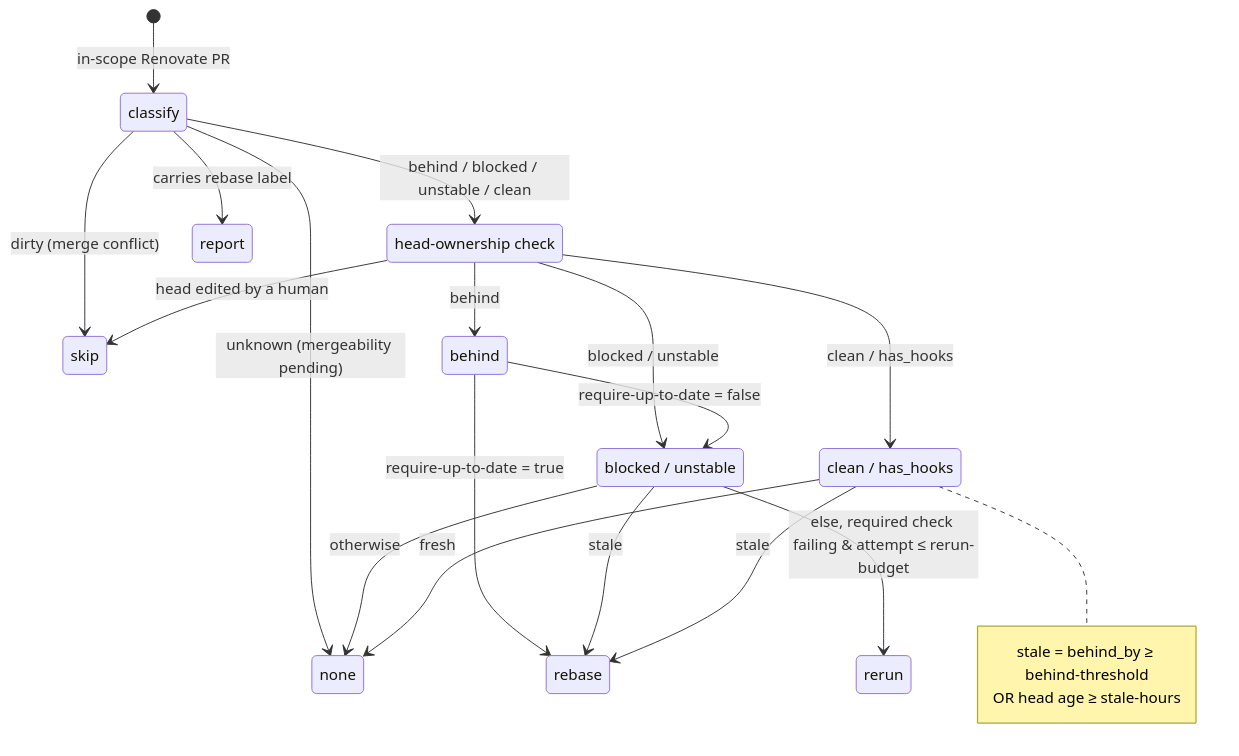
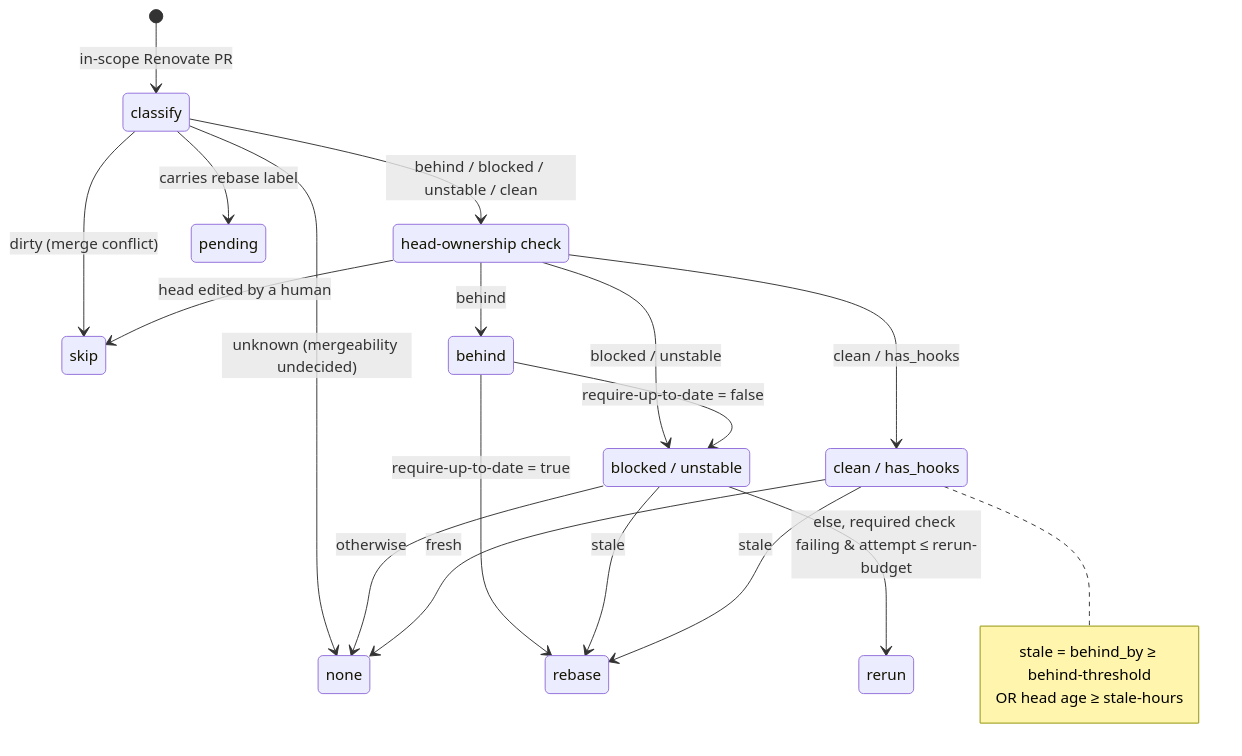
One commit to camunda/infra-global-github-actions changed the diagram in renovate-pr-maintainer/README.md. Above: the diagram before and after it, drawn with Mermaid. The commit also changed other lines of this file, not shown here.

````diff
--- a/renovate-pr-maintainer/README.md
+++ b/renovate-pr-maintainer/README.md
@@ -7,33 +69,33 @@
 ```mermaid
 stateDiagram-v2
     state "head-ownership check" as owned
     state "blocked / unstable" as red
     state "clean / has_hooks" as green
 
     [*] --> classify: in-scope Renovate PR
 
-    classify --> report: carries rebase label
+    classify --> pending: carries rebase label
     classify --> skip: dirty (merge conflict)
-    classify --> none: unknown (mergeability pending)
+    classify --> none: unknown (mergeability undecided)
     classify --> owned: behind / blocked / unstable / clean
 
     owned --> skip: head edited by a human
     owned --> behind: behind
     owned --> red: blocked / unstable
     owned --> green: clean / has_hooks
 
     behind --> rebase: require-up-to-date = true
     behind --> red: require-up-to-date = false
 
     red --> rebase: stale
     red --> rerun: else, required check failing & attempt ≤ rerun-budget
     red --> none: otherwise
 
     green --> rebase: stale
     green --> none: fresh
 
     note right of green
         stale = behind_by ≥ behind-threshold
                 OR head age ≥ stale-hours
     end note
 ```
````
